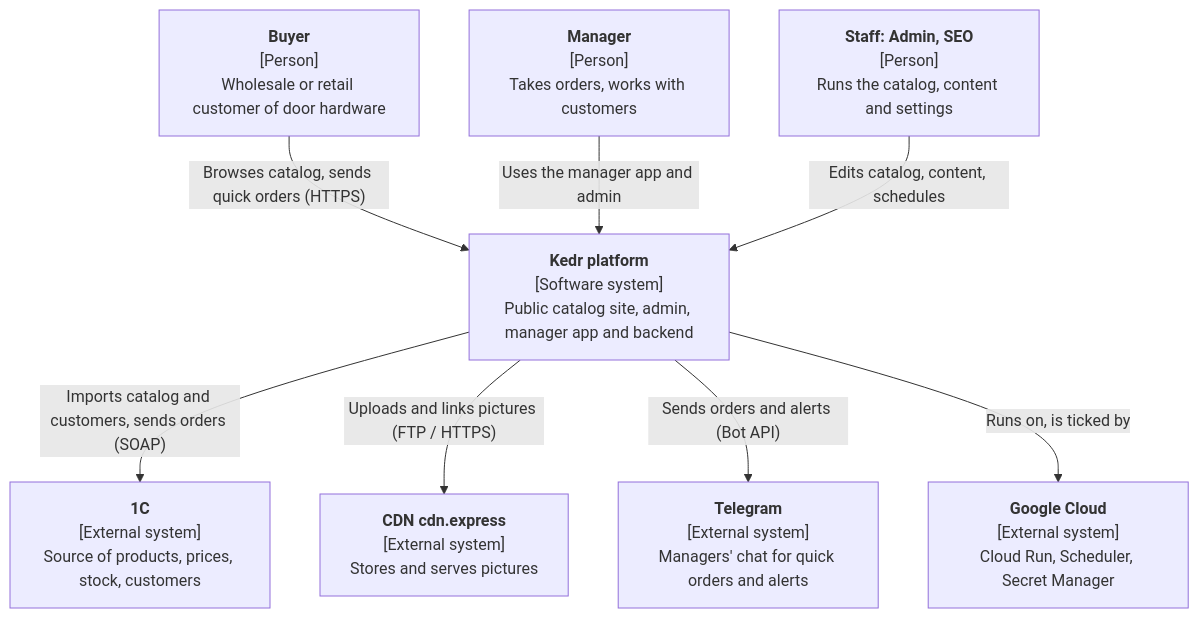
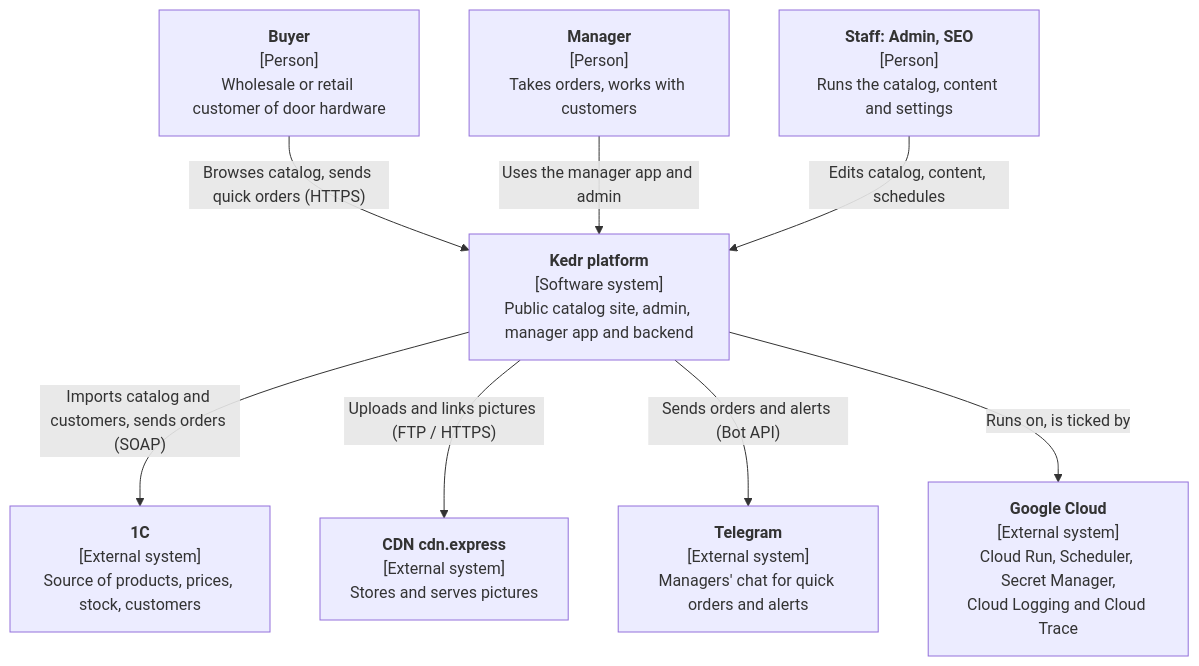
One commit to Weretik/KedrStore changed the first of 3 diagrams in docs/sdd/architecture/c4/README.md. Above: the diagram before and after it, drawn with Mermaid. The commit also changed other lines of this file and 24 other files, not shown here.

First line of the commit message:
Trace API requests to Google Cloud Trace and link logs to traces

````diff
--- a/docs/sdd/architecture/c4/README.md
+++ b/docs/sdd/architecture/c4/README.md
@@ -11,21 +11,21 @@
 ```mermaid
 flowchart TB
     buyer["<b>Buyer</b><br/>[Person]<br/>Wholesale or retail customer of door hardware"]
     manager["<b>Manager</b><br/>[Person]<br/>Takes orders, works with customers"]
     staff["<b>Staff: Admin, SEO</b><br/>[Person]<br/>Runs the catalog, content and settings"]
 
     kedr["<b>Kedr platform</b><br/>[Software system]<br/>Public catalog site, admin, manager app and backend"]
 
     onec["<b>1C</b><br/>[External system]<br/>Source of products, prices, stock, customers"]
     cdn["<b>CDN cdn.express</b><br/>[External system]<br/>Stores and serves pictures"]
     telegram["<b>Telegram</b><br/>[External system]<br/>Managers' chat for quick orders and alerts"]
-    gcp["<b>Google Cloud</b><br/>[External system]<br/>Cloud Run, Scheduler, Secret Manager"]
+    gcp["<b>Google Cloud</b><br/>[External system]<br/>Cloud Run, Scheduler, Secret Manager,<br/>Cloud Logging and Cloud Trace"]
 
     buyer -->|"Browses catalog, sends quick orders (HTTPS)"| kedr
     manager -->|"Uses the manager app and admin"| kedr
     staff -->|"Edits catalog, content, schedules"| kedr
     kedr -->|"Imports catalog and customers, sends orders (SOAP)"| onec
     kedr -->|"Uploads and links pictures (FTP / HTTPS)"| cdn
     kedr -->|"Sends orders and alerts (Bot API)"| telegram
     kedr -->|"Runs on, is ticked by"| gcp
 ```
````
